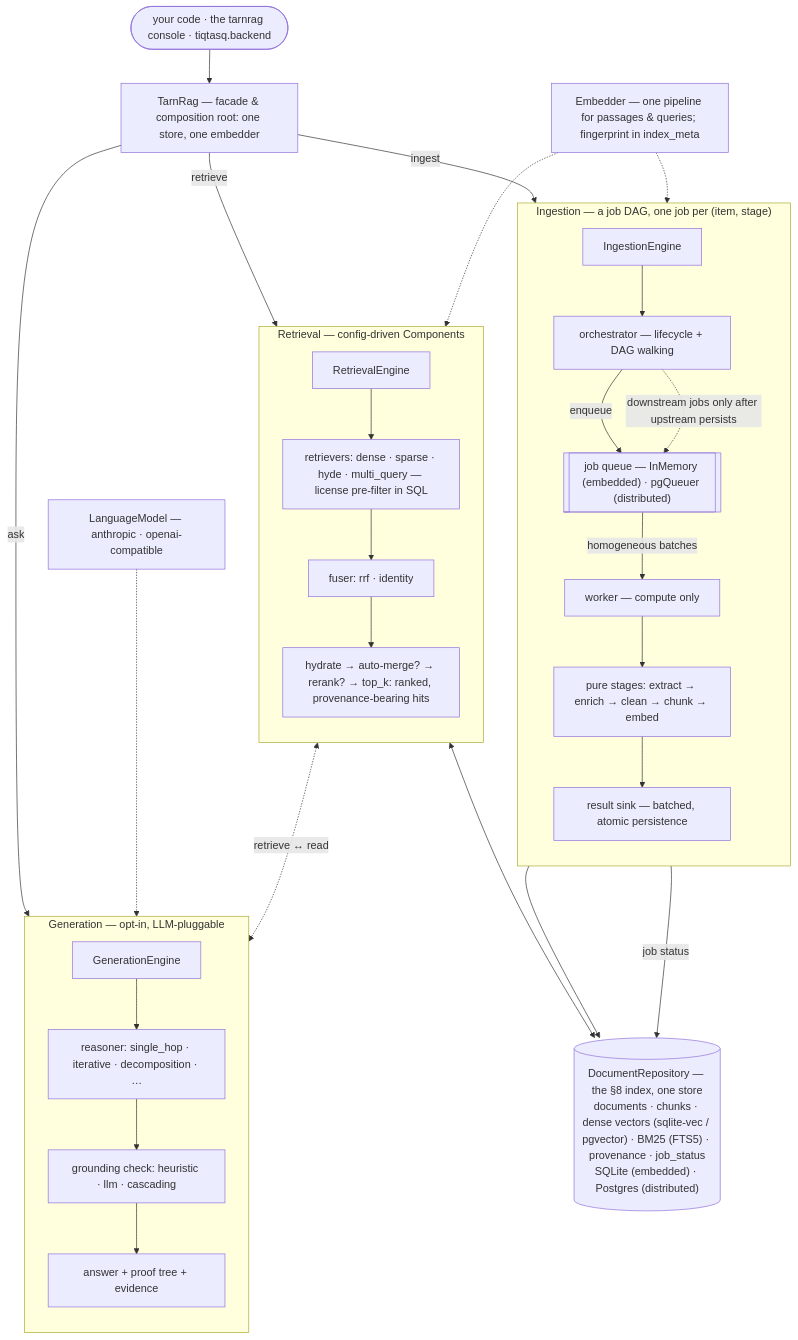
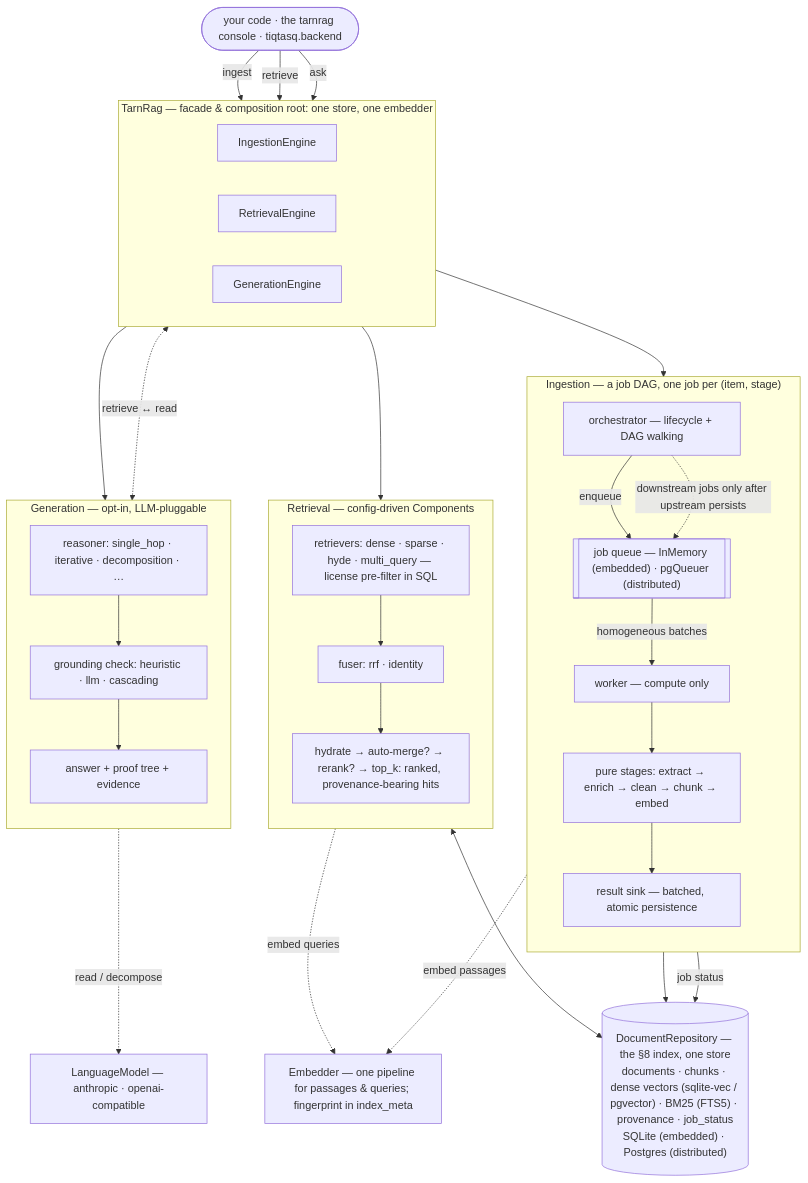
The diagram in docs/explanation/architecture.md (tiqtasq/tarn.rag), drawn with Mermaid before and after one commit.

Commit message:
Diagram v3: restore the facade box, align the subsystem lanes
The TarnRag box again contains the three engine boxes (an LR-direction
cluster of single-line nodes: one row, equal height). The engines feed
the three subsystem clusters from outside, so each cluster's head node
sits at the same rank and the lane tops align. Every remaining edge
points downward — the resource links now run stages/retrievers/reasoner
→ Embedder/LanguageModel — so no side node or cross-link can pull a
box out of its row.

````diff
--- a/docs/explanation/architecture.md
+++ b/docs/explanation/architecture.md
@@ -9,62 +9,64 @@
 ```mermaid
 flowchart TB
     CALLER(["your code · the tarnrag console · tiqtasq.backend"])
-    TARN["TarnRag — facade & composition root: one store, one embedder"]
 
-    CALLER --> TARN
-    TARN -->|"ingest"| IE
-    TARN -->|"retrieve"| RE
-    TARN -->|"ask"| GE
+    subgraph FACADE["TarnRag — facade & composition root: one store, one embedder"]
+        direction LR
+        IE["IngestionEngine"]
+        RE["RetrievalEngine"]
+        GE["GenerationEngine"]
+    end
+
+    CALLER -->|"ingest"| IE
+    CALLER -->|"retrieve"| RE
+    CALLER -->|"ask"| GE
 
     subgraph INGEST["Ingestion — a job DAG, one job per (item, stage)"]
         direction TB
-        IE["IngestionEngine"]
         ORCH["orchestrator — lifecycle + DAG walking"]
         QUEUE[["job queue — InMemory (embedded) · pgQueuer (distributed)"]]
         WORKER["worker — compute only"]
         STAGES["pure stages: extract → enrich → clean → chunk → embed"]
         SINK["result sink — batched, atomic persistence"]
-        IE --> ORCH
         ORCH -->|"enqueue"| QUEUE
         ORCH -.->|"downstream jobs only after upstream persists"| QUEUE
         QUEUE -->|"homogeneous batches"| WORKER
         WORKER --> STAGES
         STAGES --> SINK
     end
 
     subgraph RETR["Retrieval — config-driven Components"]
         direction TB
-        RE["RetrievalEngine"]
         RTRS["retrievers: dense · sparse · hyde · multi_query — license pre-filter in SQL"]
         FUSE["fuser: rrf · identity"]
         POST["hydrate → auto-merge? → rerank? → top_k: ranked, provenance-bearing hits"]
-        RE --> RTRS
         RTRS --> FUSE
         FUSE --> POST
     end
 
     subgraph GENER["Generation — opt-in, LLM-pluggable"]
         direction TB
-        GE["GenerationEngine"]
         REAS["reasoner: single_hop · iterative · decomposition · …"]
         GC["grounding check: heuristic · llm · cascading"]
         ANS["answer + proof tree + evidence"]
-        GE --> REAS
         REAS --> GC
         GC --> ANS
     end
 
+    IE --> ORCH
+    RE --> RTRS
+    GE --> REAS
     RE <-.->|"retrieve ↔ read"| REAS
 
     EMB["Embedder — one pipeline for passages & queries; fingerprint in index_meta"]
     LLM["LanguageModel — anthropic · openai-compatible"]
-    EMB -.-> STAGES
-    EMB -.-> RTRS
-    LLM -.-> REAS
+    STAGES -.->|"embed passages"| EMB
+    RTRS -.->|"embed queries"| EMB
+    REAS -.->|"read / decompose"| LLM
 
     REPO[("DocumentRepository — the §8 index, one store<br/>documents · chunks · dense vectors (sqlite-vec / pgvector) · BM25 (FTS5) · provenance · job_status<br/>SQLite (embedded) · Postgres (distributed)")]
 
     SINK --> REPO
     RTRS <--> REPO
     ORCH -->|"job status"| REPO
 ```
````
